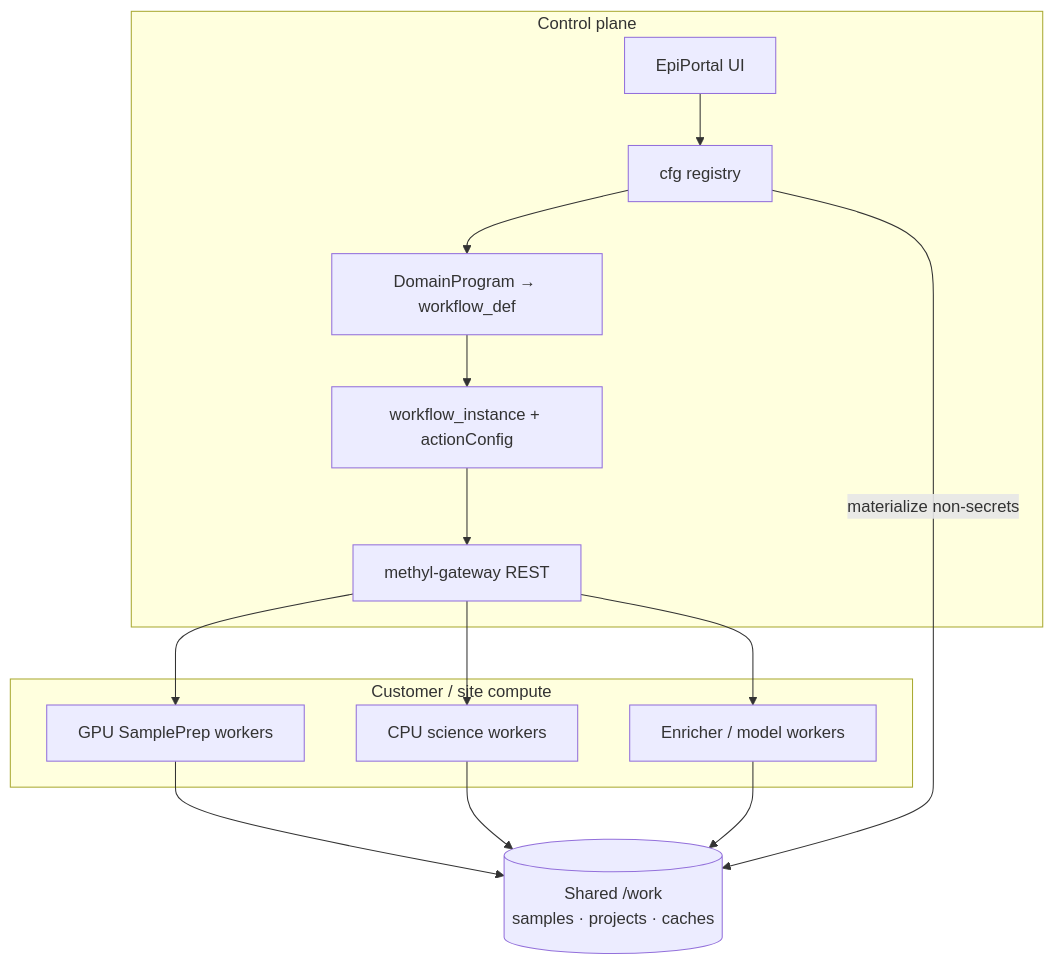
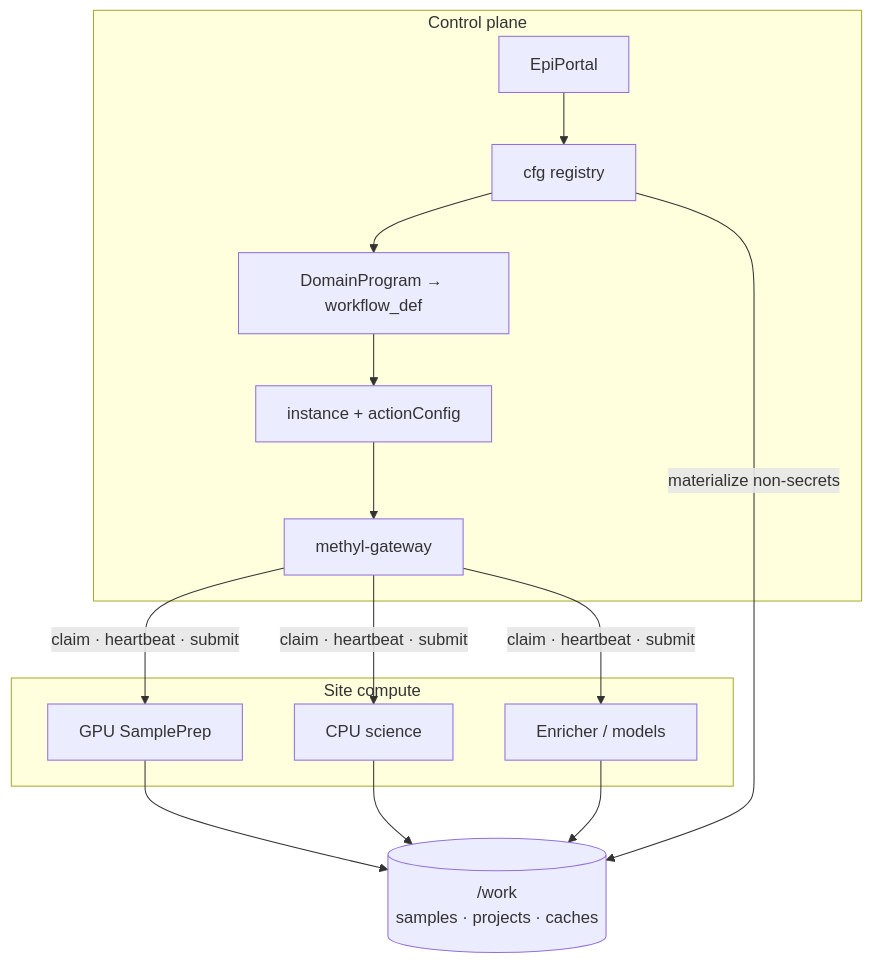
One commit to Goliath-Research/GoliathWorkflow changed the fourth of 12 diagrams in docs/presentations/regulatory-ready-platform-multiomics.md. Above: the diagram before and after it, drawn with Mermaid. The commit also changed other lines of this file and 2 other files, not shown here.

````diff
--- a/docs/presentations/regulatory-ready-platform-multiomics.md
+++ b/docs/presentations/regulatory-ready-platform-multiomics.md
@@ -148,19 +179,19 @@
 ```mermaid
 %% mp:interactive
 flowchart TB
   subgraph control["Control plane"]
-    UI["EpiPortal UI"] --> CFG["cfg registry"]
+    UI["EpiPortal"] --> CFG["cfg registry"]
     CFG --> WF["DomainProgram → workflow_def"]
-    WF --> INST["workflow_instance + actionConfig"]
-    INST --> GW["methyl-gateway REST"]
+    WF --> INST["instance + actionConfig"]
+    INST --> GW["methyl-gateway"]
   end
-  subgraph compute["Customer / site compute"]
-    W1["GPU SamplePrep workers"]
-    W2["CPU science workers"]
-    W3["Enricher / model workers"]
+  subgraph compute["Site compute"]
+    W1["GPU SamplePrep"]
+    W2["CPU science"]
+    W3["Enricher / models"]
   end
-  STORE[("Shared /work<br/>samples · projects · caches")]
-  GW --> W1 & W2 & W3
+  STORE[("/work<br/>samples · projects · caches")]
+  GW -->|"claim · heartbeat · submit"| W1 & W2 & W3
   W1 & W2 & W3 --> STORE
   CFG -->|"materialize non-secrets"| STORE
 ```
````
